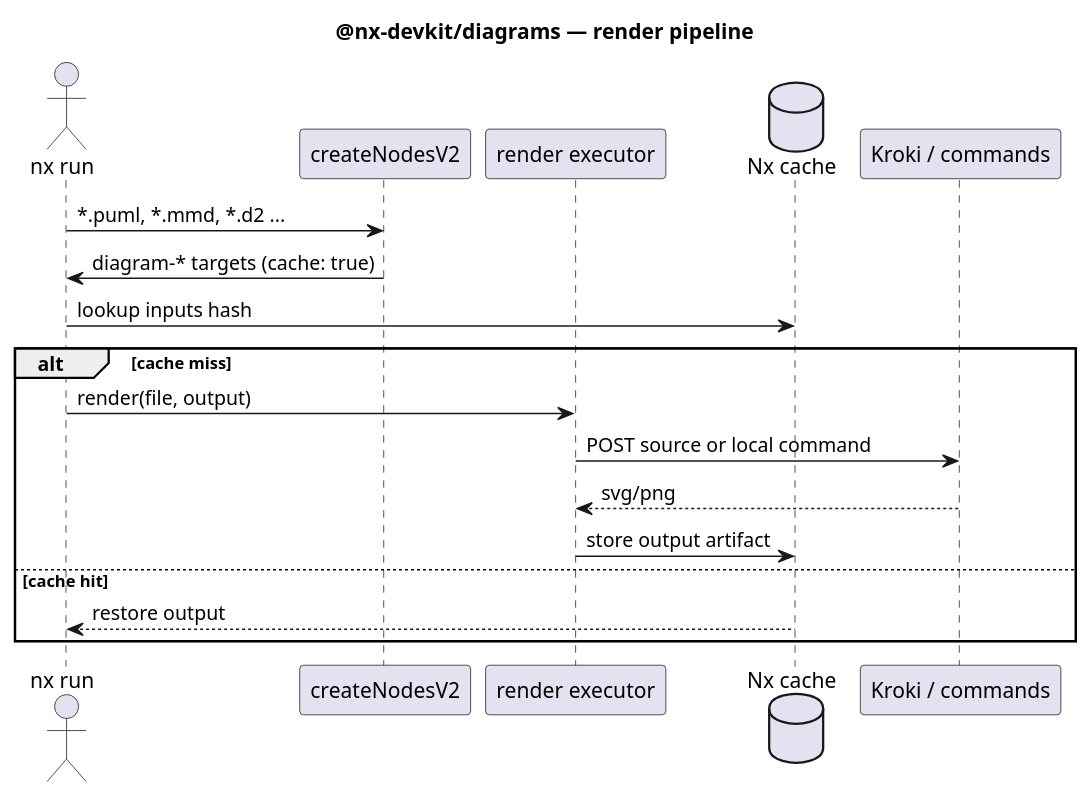
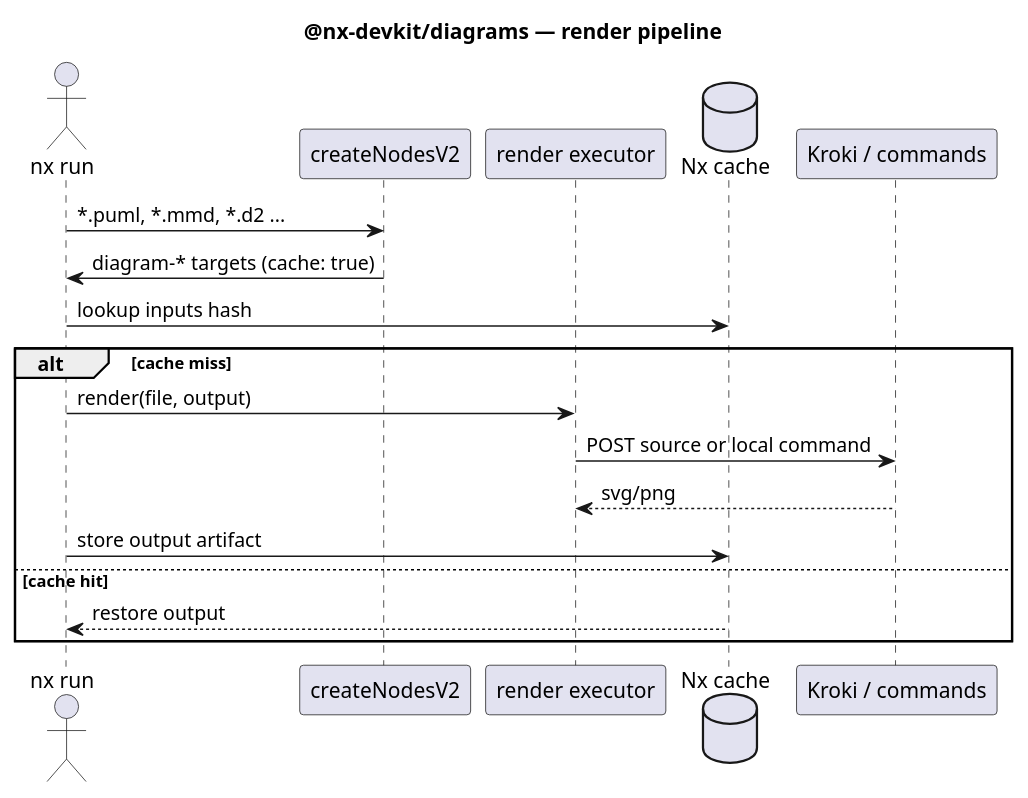
One commit to nx-devkit/nx.ts changed the diagram in packages/diagrams/docs/pipeline.puml. Above: the diagram before and after it, drawn with PlantUML. The commit also changed 2 other files, not shown here.

Commit message:
docs(diagrams): fix pipeline diagram arrow, ship pipeline.svg in npm files

```diff
--- a/packages/diagrams/docs/pipeline.puml
+++ b/packages/diagrams/docs/pipeline.puml
@@ -1,21 +1,21 @@
 @startuml
 title @nx-devkit/diagrams — render pipeline
 
 actor "nx run" as nx
 participant "createNodesV2" as plugin
 participant "render executor" as exec
 database "Nx cache" as cache
 participant "Kroki / commands" as renderer
 
 nx -> plugin: *.puml, *.mmd, *.d2 ...
 plugin -> nx: diagram-* targets (cache: true)
 nx -> cache: lookup inputs hash
 alt cache miss
   nx -> exec: render(file, output)
   exec -> renderer: POST source or local command
   renderer --> exec: svg/png
-  exec -> cache: store output artifact
+  nx -> cache: store output artifact
 else cache hit
   cache --> nx: restore output
 end
 @enduml
```
